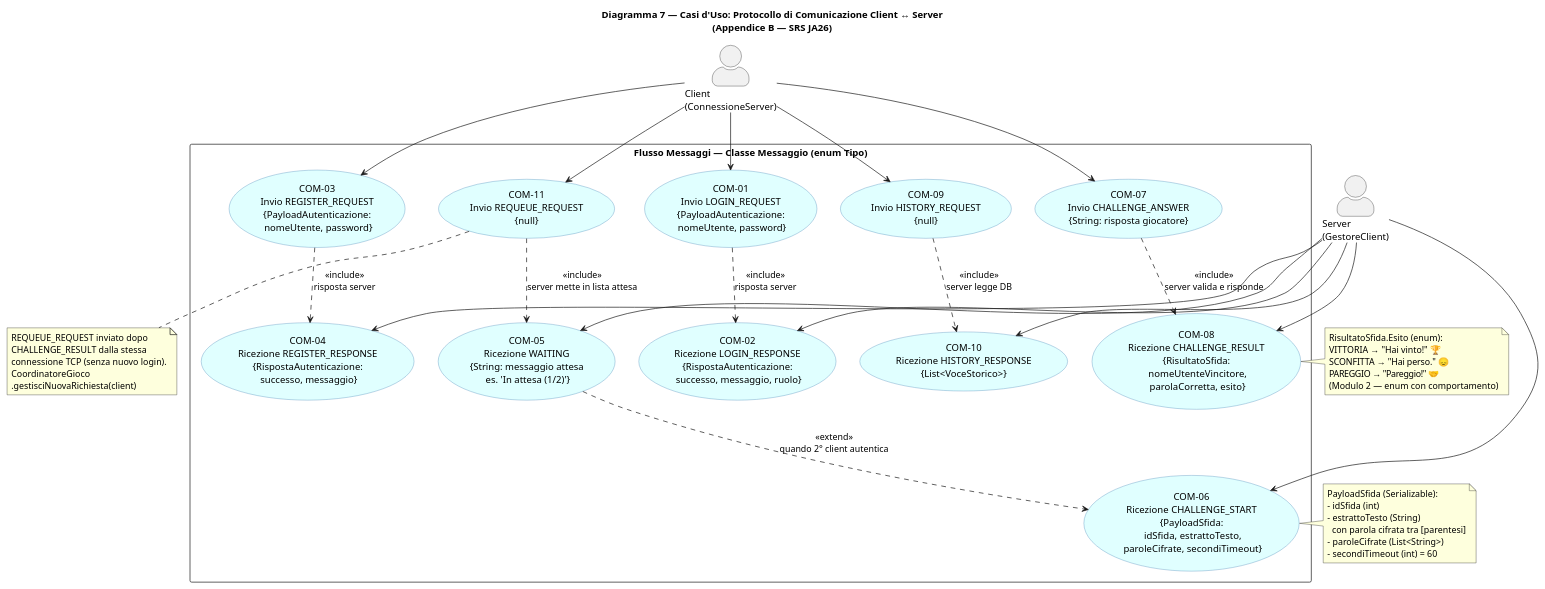
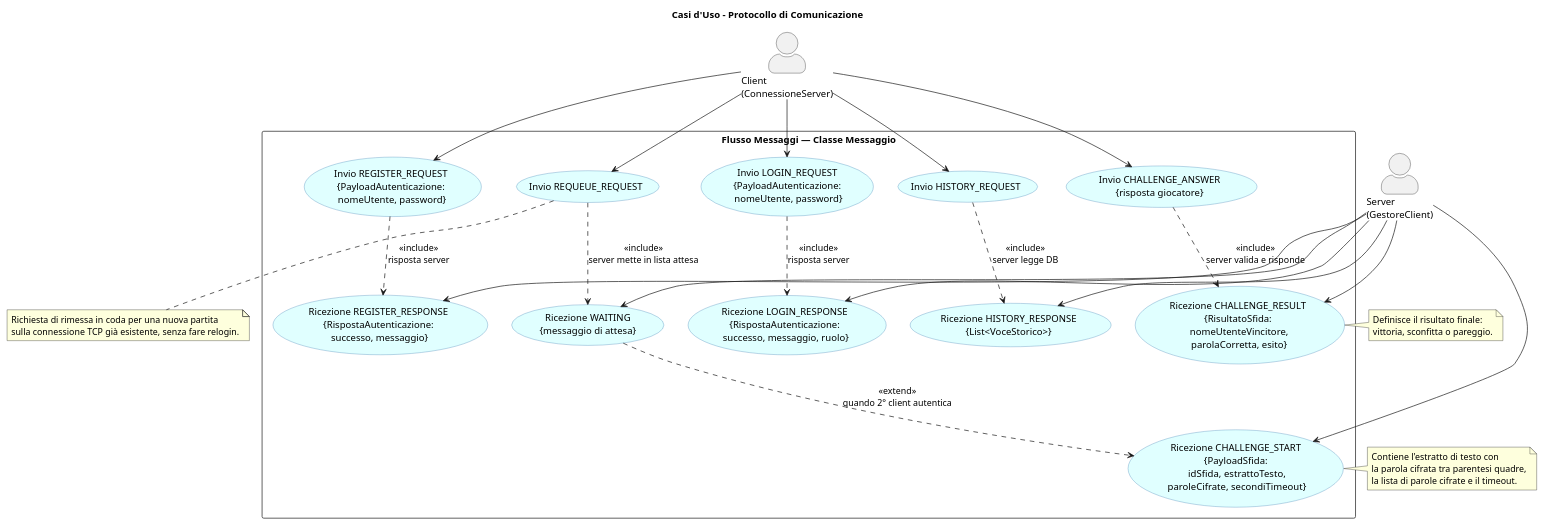
One commit to Michele-Pio-Russo/Progetto_Java_Avanzata_Gruppo_2 changed the diagram in Documenti/Diagrammi/UC_07_Protocollo.puml. Above: the diagram before and after it, drawn with PlantUML. The commit also changed 16 other files, not shown here.

```diff
--- a/Documenti/Diagrammi/UC_07_Protocollo.puml
+++ b/Documenti/Diagrammi/UC_07_Protocollo.puml
@@ -1,81 +1,72 @@
 @startuml UC_07_Protocollo
 skinparam actorStyle awesome
 skinparam packageStyle rectangle
 skinparam usecase {
   BackgroundColor LightCyan
   BorderColor SteelBlue
 }
 
-title Diagramma 7 — Casi d'Uso: Protocollo di Comunicazione Client ↔ Server\n(Appendice B — SRS JA26)
+title Casi d'Uso - Protocollo di Comunicazione
 
 actor "Client\n(ConnessioneServer)" as Client
 actor "Server\n(GestoreClient)" as Server
 
-rectangle "Flusso Messaggi — Classe Messaggio (enum Tipo)" {
+rectangle "Flusso Messaggi — Classe Messaggio" {
 
-  usecase "COM-01\nInvio LOGIN_REQUEST\n{PayloadAutenticazione:\n nomeUtente, password}" as COM01
-  usecase "COM-02\nRicezione LOGIN_RESPONSE\n{RispostaAutenticazione:\n successo, messaggio, ruolo}" as COM02
+  usecase "Invio LOGIN_REQUEST\n{PayloadAutenticazione:\n nomeUtente, password}" as COM01
+  usecase "Ricezione LOGIN_RESPONSE\n{RispostaAutenticazione:\n successo, messaggio, ruolo}" as COM02
 
-  usecase "COM-03\nInvio REGISTER_REQUEST\n{PayloadAutenticazione:\n nomeUtente, password}" as COM03
-  usecase "COM-04\nRicezione REGISTER_RESPONSE\n{RispostaAutenticazione:\n successo, messaggio}" as COM04
+  usecase "Invio REGISTER_REQUEST\n{PayloadAutenticazione:\n nomeUtente, password}" as COM03
+  usecase "Ricezione REGISTER_RESPONSE\n{RispostaAutenticazione:\n successo, messaggio}" as COM04
 
-  usecase "COM-05\nRicezione WAITING\n{String: messaggio attesa\n es. 'In attesa (1/2)'}" as COM05
+  usecase "Ricezione WAITING\n{messaggio di attesa}" as COM05
 
-  usecase "COM-06\nRicezione CHALLENGE_START\n{PayloadSfida:\n idSfida, estrattoTesto,\n paroleCifrate, secondiTimeout}" as COM06
+  usecase "Ricezione CHALLENGE_START\n{PayloadSfida:\n idSfida, estrattoTesto,\n paroleCifrate, secondiTimeout}" as COM06
 
-  usecase "COM-07\nInvio CHALLENGE_ANSWER\n{String: risposta giocatore}" as COM07
+  usecase "Invio CHALLENGE_ANSWER\n{risposta giocatore}" as COM07
 
-  usecase "COM-08\nRicezione CHALLENGE_RESULT\n{RisultatoSfida:\n nomeUtenteVincitore,\n parolaCorretta, esito}" as COM08
+  usecase "Ricezione CHALLENGE_RESULT\n{RisultatoSfida:\n nomeUtenteVincitore,\n parolaCorretta, esito}" as COM08
 
-  usecase "COM-09\nInvio HISTORY_REQUEST\n{null}" as COM09
-  usecase "COM-10\nRicezione HISTORY_RESPONSE\n{List<VoceStorico>}" as COM10
+  usecase "Invio HISTORY_REQUEST" as COM09
+  usecase "Ricezione HISTORY_RESPONSE\n{List<VoceStorico>}" as COM10
 
-  usecase "COM-11\nInvio REQUEUE_REQUEST\n{null}" as COM11
+  usecase "Invio REQUEUE_REQUEST" as COM11
 }
 
 Client --> COM01
 Client --> COM03
 Client --> COM07
 Client --> COM09
 Client --> COM11
 
 Server --> COM02
 Server --> COM04
 Server --> COM05
 Server --> COM06
 Server --> COM08
 Server --> COM10
 
 COM01 ..> COM02 : <<include>>\nrisposta server
 COM03 ..> COM04 : <<include>>\nrisposta server
 COM05 ..> COM06 : <<extend>>\nquando 2° client autentica
 COM07 ..> COM08 : <<include>>\nserver valida e risponde
 COM09 ..> COM10 : <<include>>\nserver legge DB
 COM11 ..> COM05 : <<include>>\nserver mette in lista attesa
 
 note right of COM06
-  PayloadSfida (Serializable):
-  - idSfida (int)
-  - estrattoTesto (String)
-    con parola cifrata tra [parentesi]
-  - paroleCifrate (List<String>)
-  - secondiTimeout (int) = 60
+  Contiene l'estratto di testo con
+  la parola cifrata tra parentesi quadre,
+  la lista di parole cifrate e il timeout.
 end note
 
 note right of COM08
-  RisultatoSfida.Esito (enum):
-  VITTORIA  → "Hai vinto!" 🏆
-  SCONFITTA → "Hai perso." 😞
-  PAREGGIO  → "Pareggio!"  🤝
-  (Modulo 2 — enum con comportamento)
+  Definisce il risultato finale:
+  vittoria, sconfitta o pareggio.
 end note
 
 note bottom of COM11
-  REQUEUE_REQUEST inviato dopo
-  CHALLENGE_RESULT dalla stessa
-  connessione TCP (senza nuovo login).
-  CoordinatoreGioco
-  .gestisciNuovaRichiesta(client)
+  Richiesta di rimessa in coda per una nuova partita
+  sulla connessione TCP già esistente, senza fare relogin.
 end note
 
 @enduml
```
